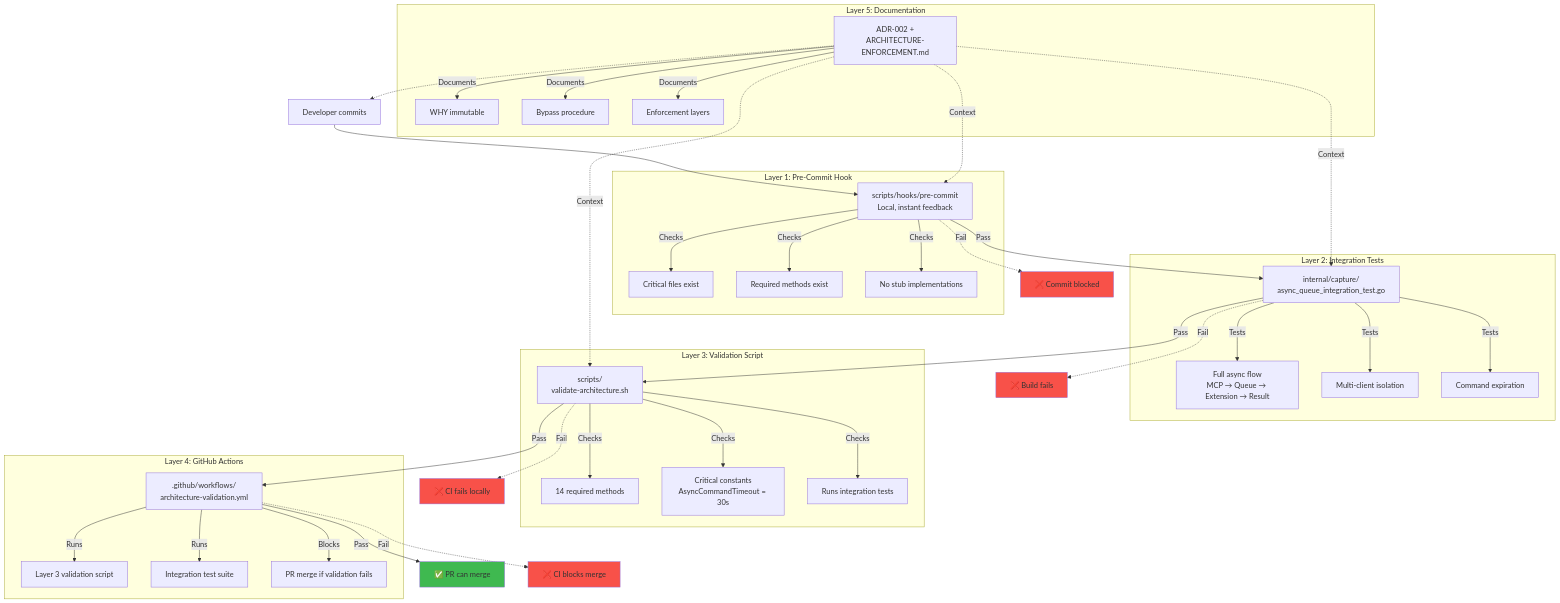
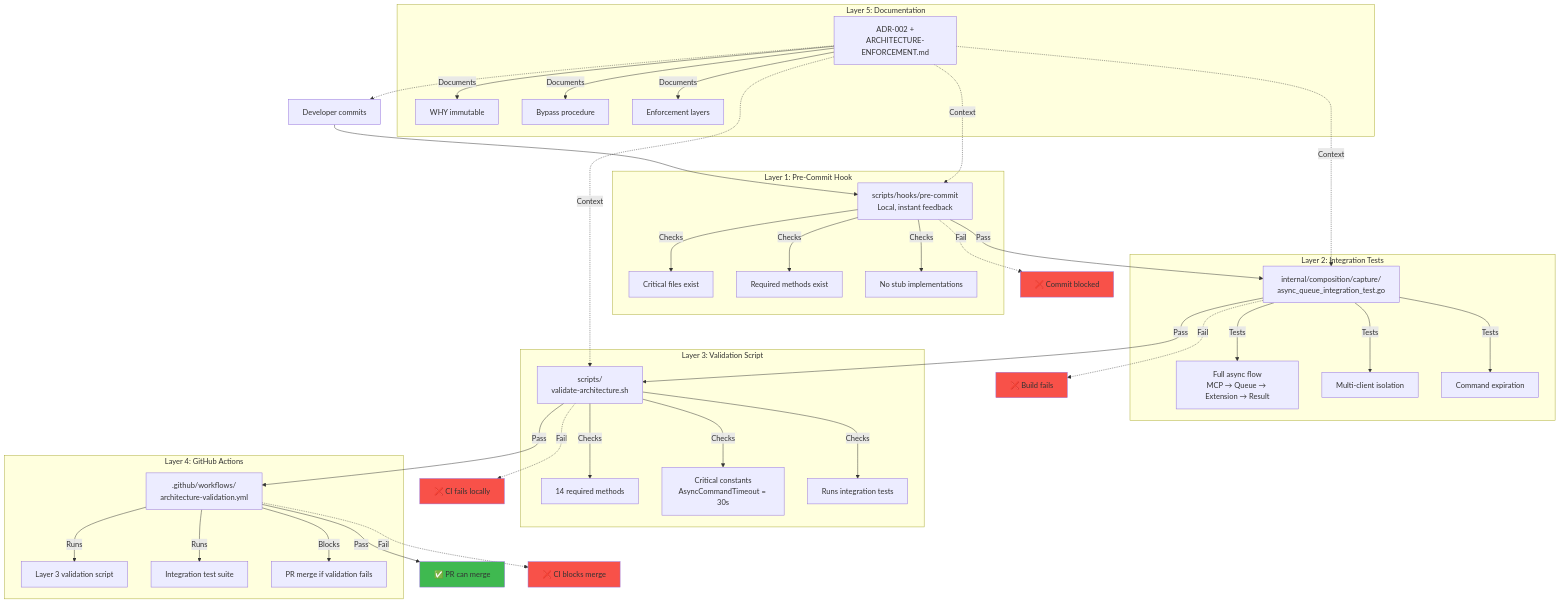
One commit to brennhill/Kaboom-Browser-AI-Devtools-MCP changed the first of 6 diagrams in docs/architecture/diagrams/quality/5-layer-protection.md. Above: the diagram before and after it, drawn with Mermaid. The commit also changed other lines of this file and 2067 other files, not shown here.

````diff
--- a/docs/architecture/diagrams/quality/5-layer-protection.md
+++ b/docs/architecture/diagrams/quality/5-layer-protection.md
@@ -13,61 +13,61 @@
 ```mermaid
 graph TB
     subgraph "Layer 1: Pre-Commit Hook"
         L1[scripts/hooks/pre-commit<br/>Local, instant feedback]
         L1 -->|Checks| L1A[Critical files exist]
         L1 -->|Checks| L1B[Required methods exist]
         L1 -->|Checks| L1C[No stub implementations]
     end
 
     subgraph "Layer 2: Integration Tests"
-        L2[internal/capture/<br/>async_queue_integration_test.go]
+        L2[internal/composition/capture/<br/>async_queue_integration_test.go]
         L2 -->|Tests| L2A[Full async flow<br/>MCP → Queue → Extension → Result]
         L2 -->|Tests| L2B[Multi-client isolation]
         L2 -->|Tests| L2C[Command expiration]
     end
 
     subgraph "Layer 3: Validation Script"
         L3[scripts/<br/>validate-architecture.sh]
         L3 -->|Checks| L3A[14 required methods]
         L3 -->|Checks| L3B[Critical constants<br/>AsyncCommandTimeout = 30s]
         L3 -->|Checks| L3C[Runs integration tests]
     end
 
     subgraph "Layer 4: GitHub Actions"
         L4[.github/workflows/<br/>architecture-validation.yml]
         L4 -->|Runs| L4A[Layer 3 validation script]
         L4 -->|Runs| L4B[Integration test suite]
         L4 -->|Blocks| L4C[PR merge if validation fails]
     end
 
     subgraph "Layer 5: Documentation"
         L5[ADR-002 +<br/>ARCHITECTURE-ENFORCEMENT.md]
         L5 -->|Documents| L5A[WHY immutable]
         L5 -->|Documents| L5B[Bypass procedure]
         L5 -->|Documents| L5C[Enforcement layers]
     end
 
     Dev[Developer commits] --> L1
     L1 -->|Pass| L2
     L1 -.->|Fail| Block1[❌ Commit blocked]
 
     L2 -->|Pass| L3
     L2 -.->|Fail| Block2[❌ Build fails]
 
     L3 -->|Pass| L4
     L3 -.->|Fail| Block3[❌ CI fails locally]
 
     L4 -->|Pass| Merge[✅ PR can merge]
     L4 -.->|Fail| Block4[❌ CI blocks merge]
 
     L5 -.-> Dev
     L5 -.->|Context| L1
     L5 -.->|Context| L2
     L5 -.->|Context| L3
 
     style Block1 fill:#f85149
     style Block2 fill:#f85149
     style Block3 fill:#f85149
     style Block4 fill:#f85149
     style Merge fill:#3fb950
 ```
````
